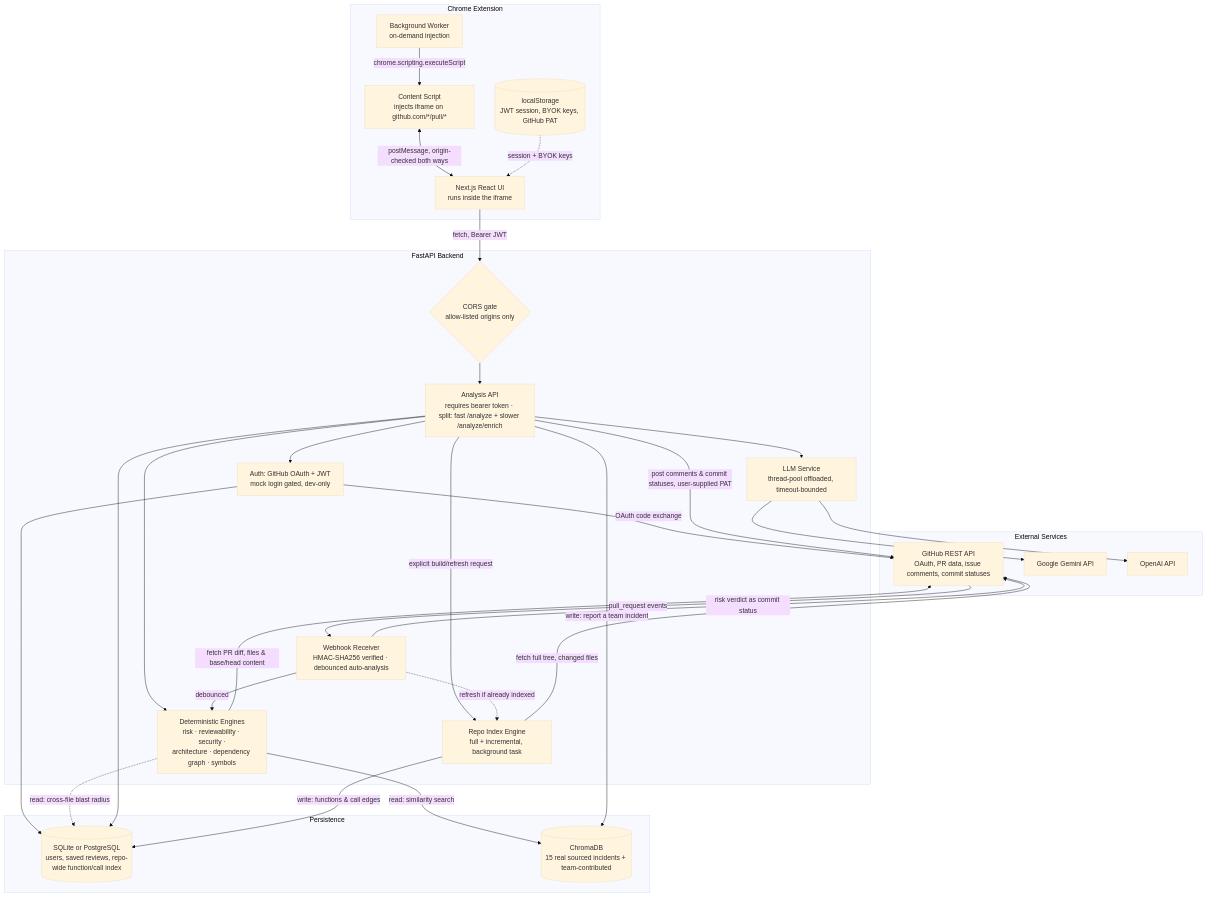
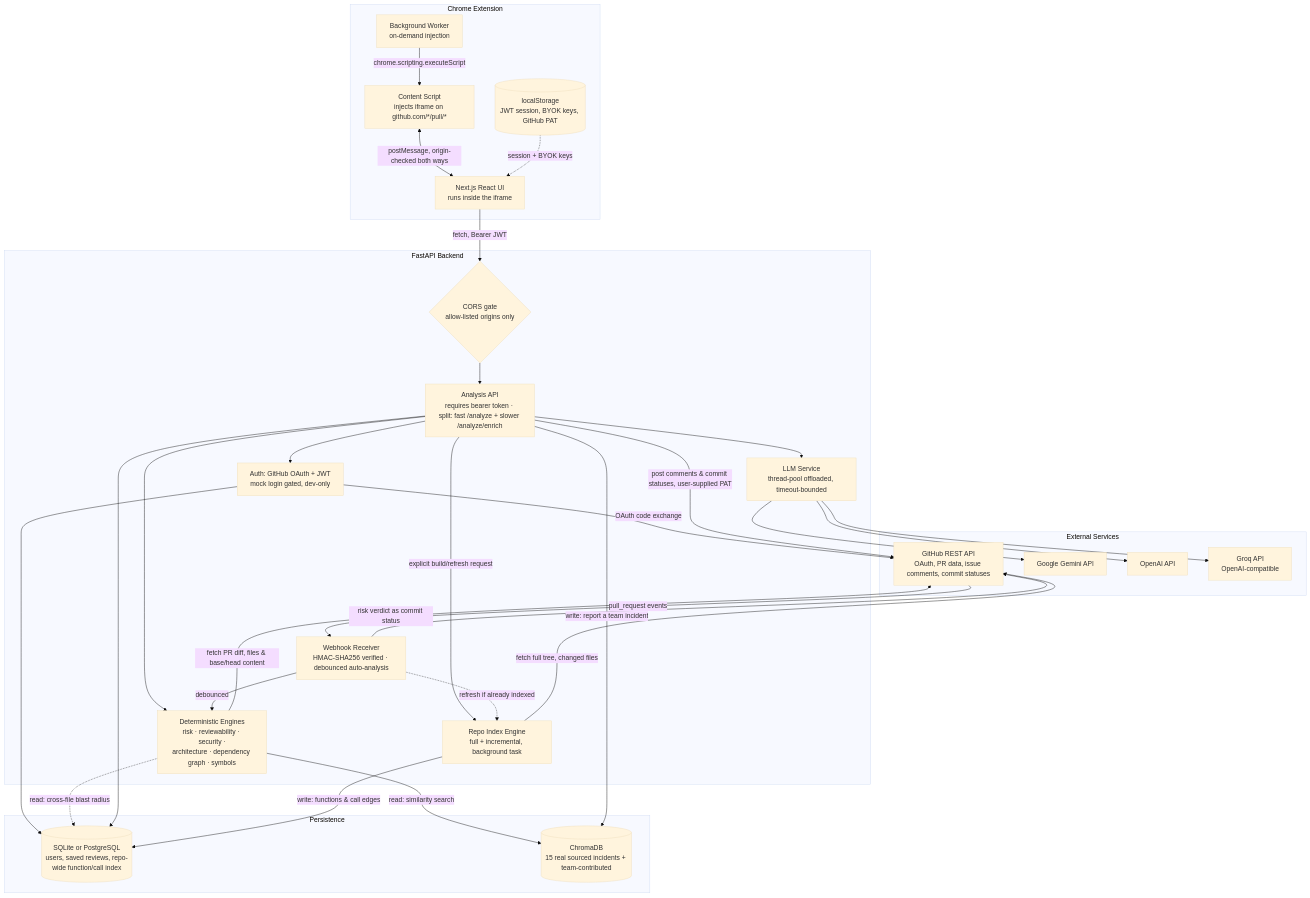
Before and after one commit to kankaniakshat185/prscope-pr-review-intelligence: the diagram in README.md, drawn with Mermaid (base theme). The commit also changed other lines of this file and 11 other files, not shown here.

````diff
--- a/README.md
+++ b/README.md
@@ -100,57 +102,59 @@
 ```mermaid
 graph TD
     subgraph Client [Chrome Extension]
         CS[Content Script<br/>injects iframe on github.com/*/pull/*]
         BS[Background Worker<br/>on-demand injection]
         UI[Next.js React UI<br/>runs inside the iframe]
         Storage[(localStorage<br/>JWT session, BYOK keys, GitHub PAT)]
     end
 
     subgraph Backend [FastAPI Backend]
         CORS{CORS gate<br/>allow-listed origins only}
         Auth[Auth: GitHub OAuth + JWT<br/>mock login gated, dev-only]
         API[Analysis API<br/>requires bearer token · split: fast /analyze + slower /analyze/enrich]
         Engines[Deterministic Engines<br/>risk · reviewability · security ·<br/>architecture · dependency graph · symbols]
         Indexer[Repo Index Engine<br/>full + incremental, background task]
         LLMSvc[LLM Service<br/>thread-pool offloaded, timeout-bounded]
         Webhook[Webhook Receiver<br/>HMAC-SHA256 verified · debounced auto-analysis]
     end
 
     subgraph Data [Persistence]
         DB[(SQLite or PostgreSQL<br/>users, saved reviews, repo-wide function/call index)]
         Chroma[(ChromaDB<br/>15 real sourced incidents + team-contributed)]
     end
 
     subgraph External [External Services]
         GH[GitHub REST API<br/>OAuth, PR data, issue comments, commit statuses]
         Gemini[Google Gemini API]
         OpenAI[OpenAI API]
+        Groq[Groq API<br/>OpenAI-compatible]
     end
 
     BS -->|chrome.scripting.executeScript| CS
     CS <-->|postMessage, origin-checked both ways| UI
     UI -->|fetch, Bearer JWT| CORS --> API
     Storage -.->|session + BYOK keys| UI
 
     API --> Auth
     Auth -->|OAuth code exchange| GH
     Auth --> DB
     API --> Engines
     Engines -->|fetch PR diff, files & base/head content| GH
     Engines -.->|read: cross-file blast radius| DB
     API -->|post comments & commit statuses, user-supplied PAT| GH
     Engines -->|read: similarity search| Chroma
     API -->|write: report a team incident| Chroma
     API --> LLMSvc
     LLMSvc --> Gemini
     LLMSvc --> OpenAI
+    LLMSvc --> Groq
     API --> DB
     API -->|explicit build/refresh request| Indexer
     Indexer -->|fetch full tree, changed files| GH
     Indexer -->|write: functions & call edges| DB
 
     GH -->|pull_request events| Webhook
     Webhook -->|debounced| Engines
     Webhook -.->|refresh if already indexed| Indexer
     Webhook -->|risk verdict as commit status| GH
 ```
````
